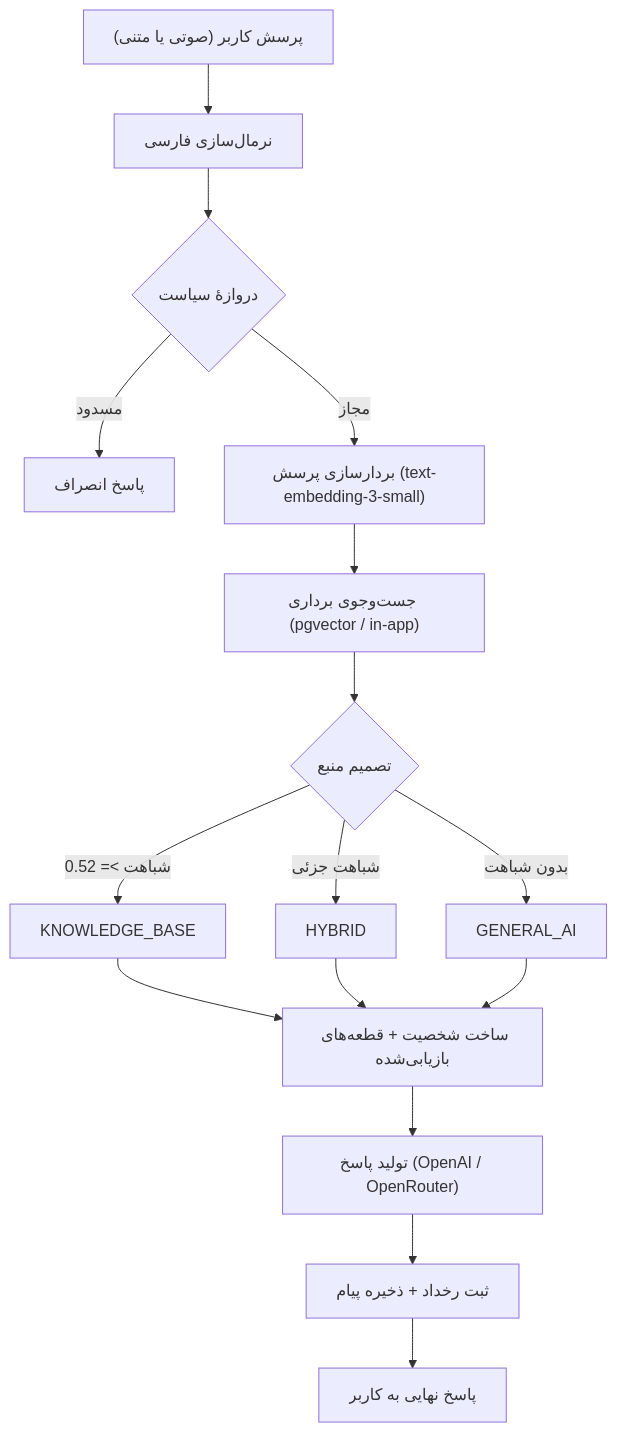
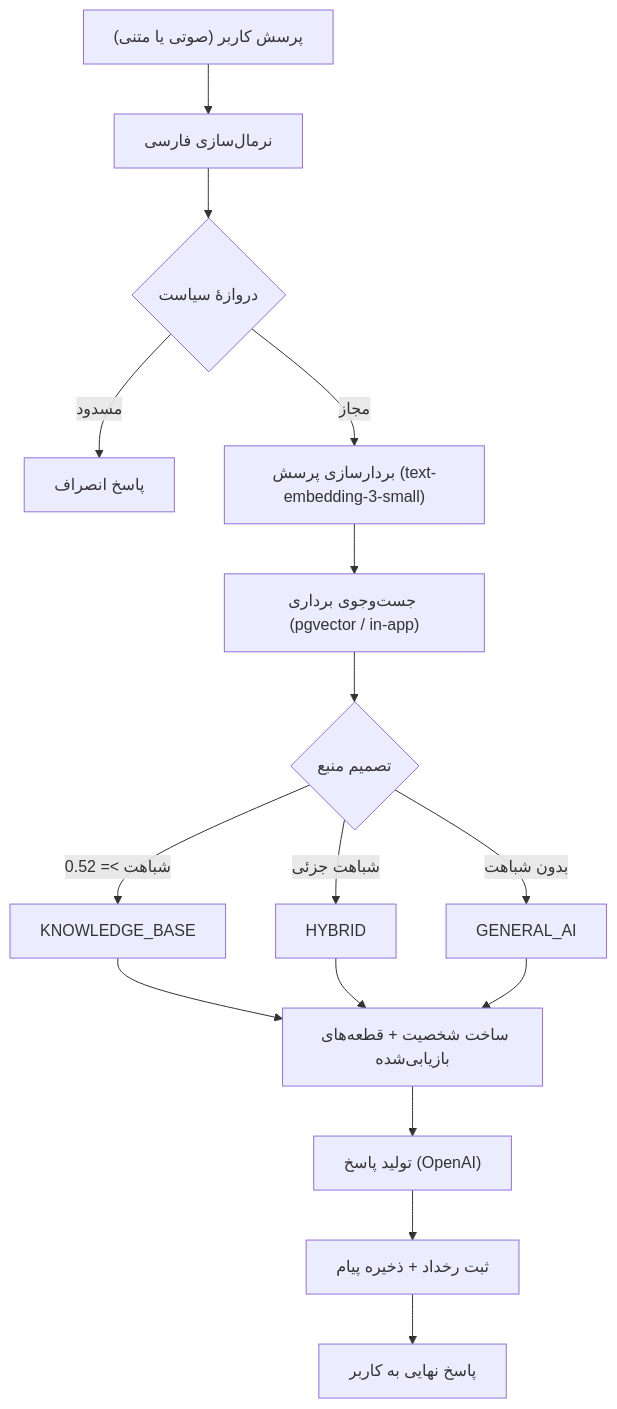
The third of 4 diagrams in README.md (daneshavaran24-ctrl/avatar), drawn with Mermaid before and after one commit. The commit also changed other lines of this file and 6 other files, not shown here.

````diff
--- a/README.md
+++ b/README.md
@@ -201,18 +196,18 @@
 ```mermaid
 flowchart TD
     A["پرسش کاربر (صوتی یا متنی)"] --> B["نرمال‌سازی فارسی"]
     B --> C{"دروازهٔ سیاست"}
     C -- "مسدود" --> D["پاسخ انصراف"]
     C -- "مجاز" --> E["بردارسازی پرسش (text-embedding-3-small)"]
     E --> F["جست‌وجوی برداری (pgvector / in-app)"]
     F --> G{"تصمیم منبع"}
     G -- "شباهت >= 0.52" --> H["KNOWLEDGE_BASE"]
     G -- "شباهت جزئی" --> I["HYBRID"]
     G -- "بدون شباهت" --> J["GENERAL_AI"]
     H --> K["ساخت شخصیت + قطعه‌های بازیابی‌شده"]
     I --> K
     J --> K
-    K --> L["تولید پاسخ (OpenAI / OpenRouter)"]
+    K --> L["تولید پاسخ (OpenAI)"]
     L --> M["ثبت رخداد + ذخیره پیام"]
     M --> N["پاسخ نهایی به کاربر"]
 ```
````
